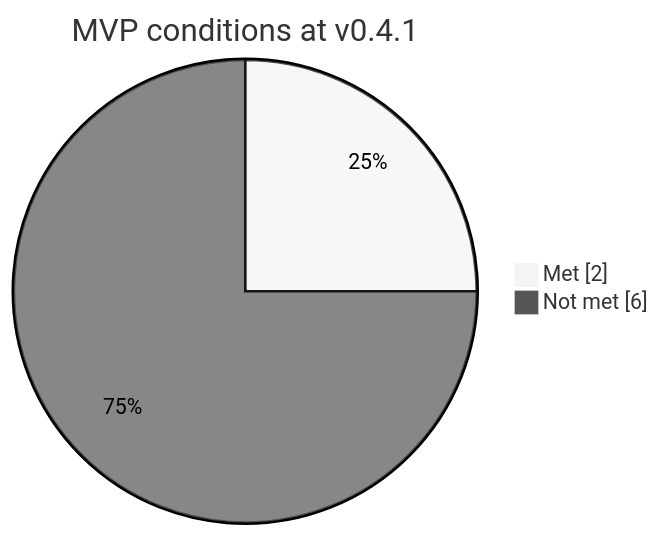
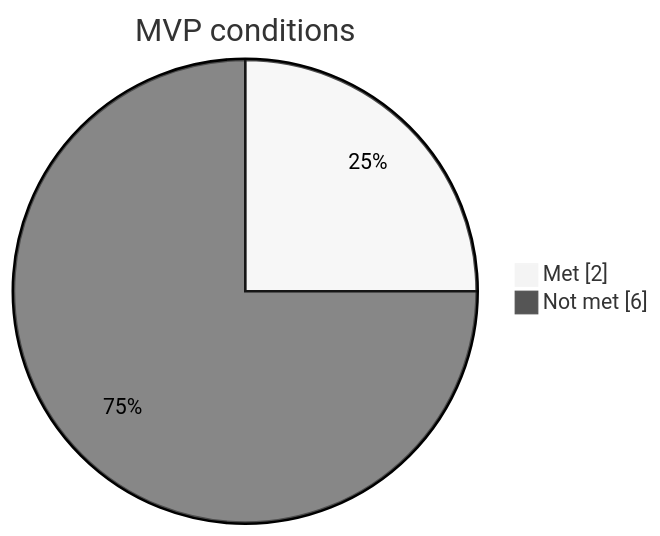
The second of 2 diagrams in docs/guide/status.md (vaam-apps/vpay-docs), drawn with Mermaid (neutral theme) before and after one commit. The commit also changed other lines of this file and 28 other files, not shown here.

````diff
--- a/docs/guide/status.md
+++ b/docs/guide/status.md
@@ -114,6 +118,6 @@
 ```mermaid
 pie showData
-    title MVP conditions at v0.4.1
+    title MVP conditions
     "Met" : 2
     "Not met" : 6
 ```
````
